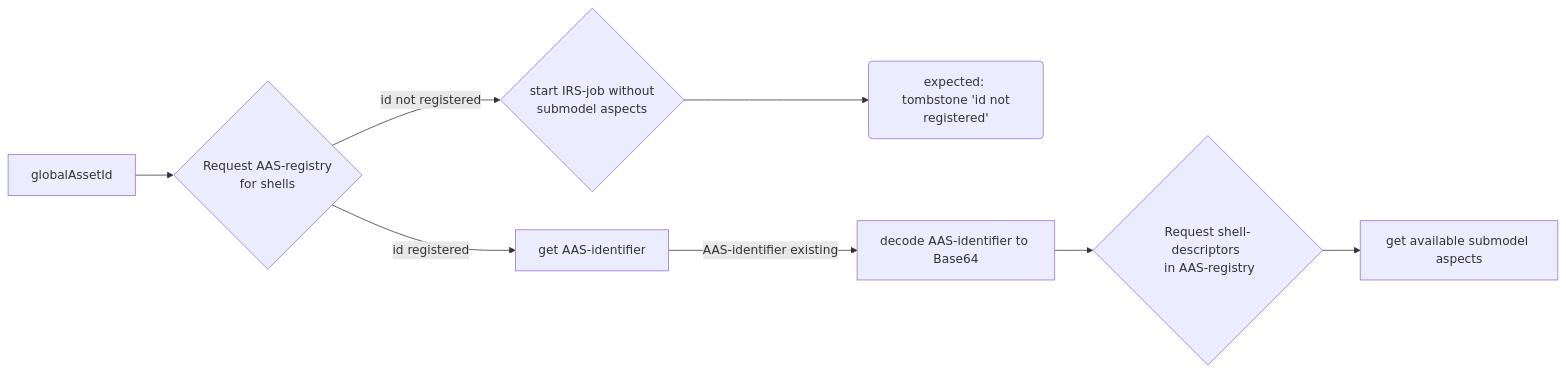
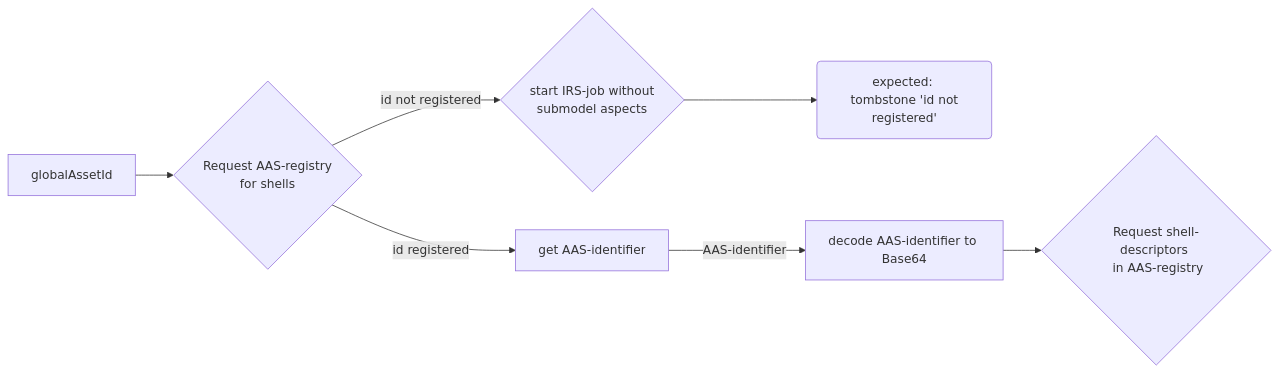
One commit to eclipse-tractusx/item-relationship-service changed the first of 3 diagrams in docs/concept/#266-IRS-testing-with-dynamicData/#266-IRS-testing-with-dynamic-data.md. Above: the diagram before and after it, drawn with Mermaid. The commit also changed other lines of this file, not shown here.

````diff
--- a/docs/concept/#266-IRS-testing-with-dynamicData/#266-IRS-testing-with-dynamic-data.md
+++ b/docs/concept/#266-IRS-testing-with-dynamicData/#266-IRS-testing-with-dynamic-data.md
@@ -43,9 +45,8 @@
 ```mermaid
 graph LR
     A[globalAssetId] --> B{Request AAS-registry \n for shells}
+    B -- id not registered --> X{start IRS-job without \n submodel aspects} --> XX(expected: \n tombstone 'id not registered')
     B -- id registered --> C[get AAS-identifier]
-    B -- id not registered --> X{start IRS-job without \n submodel aspects} --> XX(expected: \n tombstone 'id not registered')
-    C -- AAS-identifier existing --> D[decode AAS-identifier to Base64]
+    C -- AAS-identifier --> D[decode AAS-identifier to Base64]
     D --> E{Request shell-descriptors \n in AAS-registry}
-    E --> F[get available submodel aspects]
 ```
````
